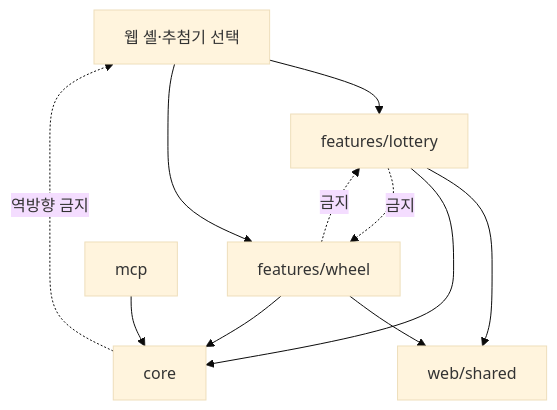
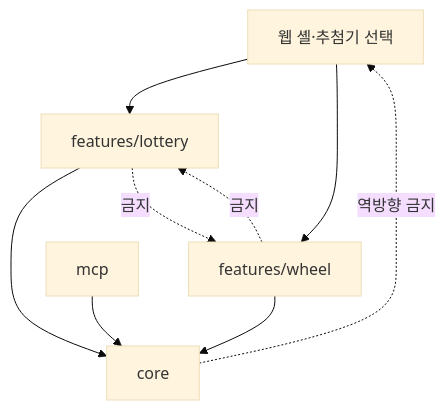
The diagram in docs/feature/wheel-draw/DESIGN.md (tinywolf/roulette), drawn with Mermaid (base theme) before and after one commit. The commit also changed other lines of this file and 70 other files, not shown here.

````diff
--- a/docs/feature/wheel-draw/DESIGN.md
+++ b/docs/feature/wheel-draw/DESIGN.md
@@ -98,16 +98,14 @@
 ```mermaid
 flowchart TD
     Shell["웹 셸·추첨기 선택"] --> Lottery["features/lottery"]
     Shell --> Wheel["features/wheel"]
 
-    Lottery --> Shared["web/shared"]
-    Wheel --> Shared
     Lottery --> Core["core"]
     Wheel --> Core
 
     Mcp["mcp"] --> Core
 
     Lottery -. 금지 .-> Wheel
     Wheel -. 금지 .-> Lottery
     Core -. 역방향 금지 .-> Shell
 ```
````
